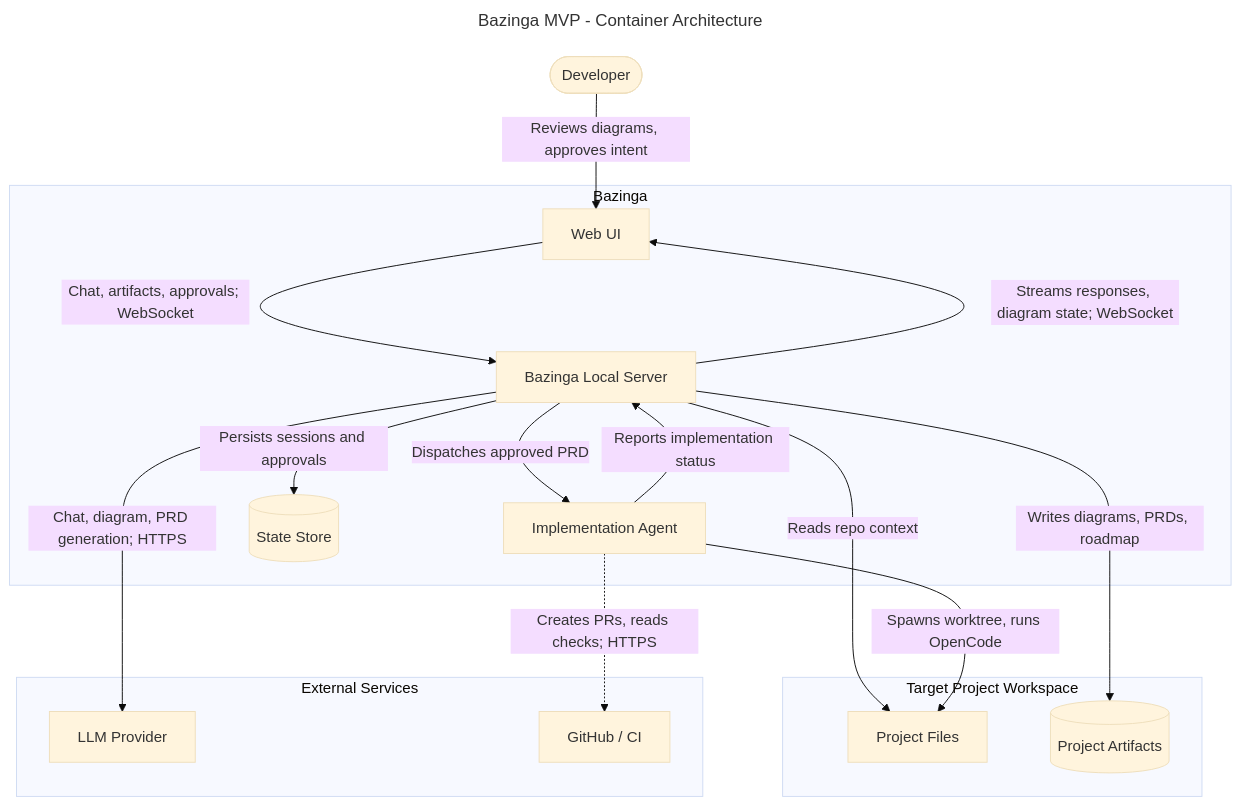
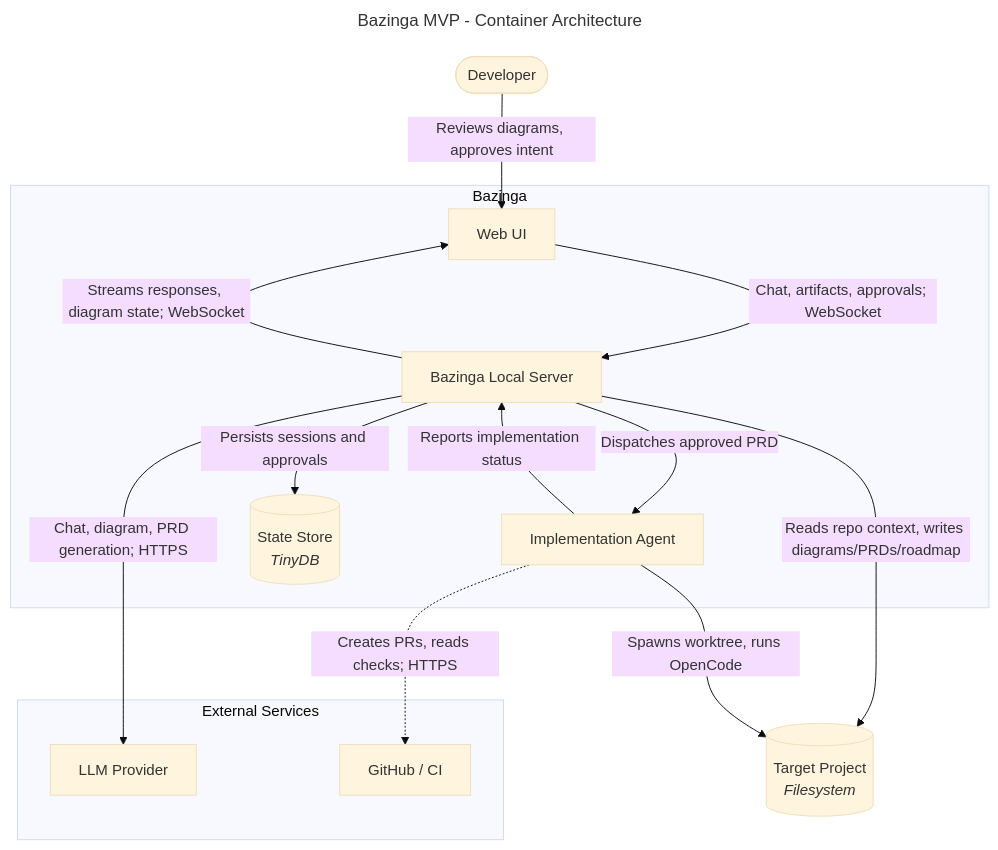
One commit to RohanAwhad/bazinga changed the diagram in .dingllm/specs/v3/003_container_architecture.mmd. Above: the diagram before and after it, drawn with Mermaid (base theme). The commit also changed 1 other file, not shown here.

Commit message:
docs: update tech-stack and simplify container architecture diagram
.dingllm/constitution/tech-stack.md
- Add TinyDB as state store dependency
- Add Local Development section (Podman, Compose, volume mounts)

.dingllm/specs/v3/003_container_architecture.mmd
- Annotate State Store with TinyDB label
- Collapse Project Workspace subgraph into single Target Project node
- Merge read/write edges from Server to Repo into one edge

```diff
--- a/.dingllm/specs/v3/003_container_architecture.mmd
+++ b/.dingllm/specs/v3/003_container_architecture.mmd
@@ -1,34 +1,31 @@
 ---
 title: Bazinga MVP - Container Architecture
 ---
 graph TD
     DEV([Developer])
 
     subgraph BZ["Bazinga"]
         WEB[Web UI]
         SERVER[Bazinga Local Server]
         IMPL[Implementation Agent]
-        STATE[(State Store)]
+        STATE[(State Store<br/><i>TinyDB</i>)]
     end
 
-    subgraph PROJECT["Target Project Workspace"]
-        REPO[Project Files]
-        ARTIFACTS[(Project Artifacts)]
-    end
+    REPO[(Target Project<br/><i>Filesystem</i>)]
 
     subgraph EXT["External Services"]
         LLM[LLM Provider]
         GITHUB[GitHub / CI]
     end
 
     DEV -->|Reviews diagrams, approves intent| WEB
     WEB -->|Chat, artifacts, approvals; WebSocket| SERVER
     SERVER -->|Streams responses, diagram state; WebSocket| WEB
     SERVER -->|Persists sessions and approvals| STATE
-    SERVER -->|Reads repo context| REPO
-    SERVER -->|Writes diagrams, PRDs, roadmap| ARTIFACTS
+    SERVER -->|Reads repo context, writes diagrams/PRDs/roadmap| REPO
     SERVER -->|Chat, diagram, PRD generation; HTTPS| LLM
     SERVER -->|Dispatches approved PRD| IMPL
     IMPL -->|Spawns worktree, runs OpenCode| REPO
+
     IMPL -->|Reports implementation status| SERVER
     IMPL -.->|Creates PRs, reads checks; HTTPS| GITHUB
```
